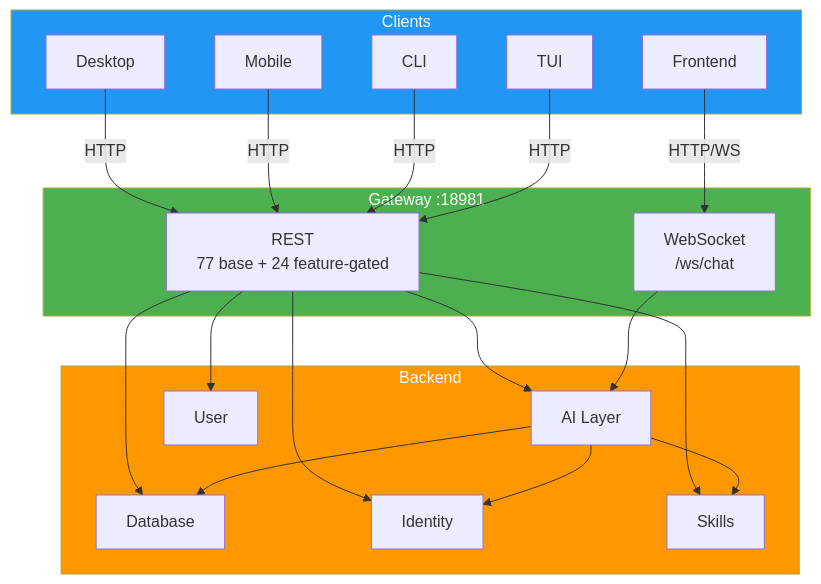
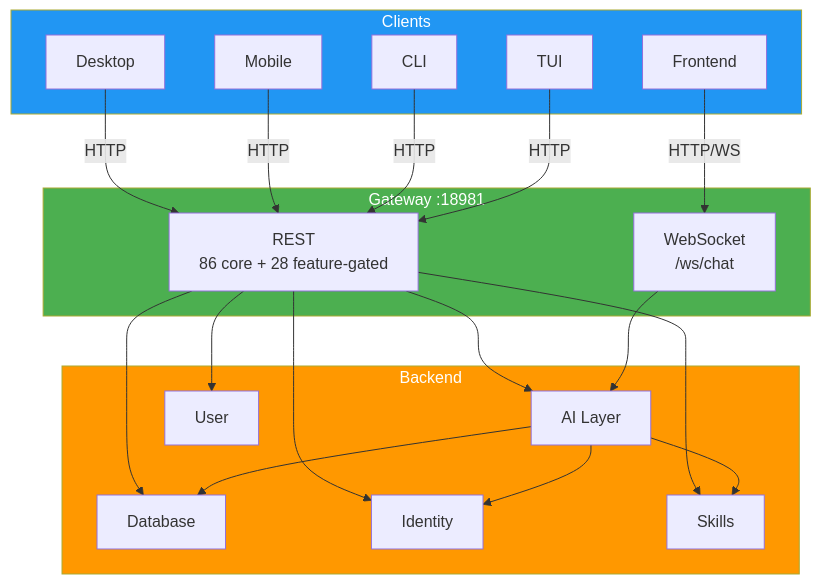
One commit to sprklai/zenii changed the second of 31 diagrams in docs-site/docs/architecture.md. Above: the diagram before and after it, drawn with Mermaid. The commit also changed other lines of this file and 36 other files, not shown here.

````diff
--- a/docs-site/docs/architecture.md
+++ b/docs-site/docs/architecture.md
@@ -108,26 +108,26 @@
 ```mermaid
 graph TB
     subgraph Clients
         D[Desktop] & M[Mobile] & C[CLI] & T[TUI] & F[Frontend]
     end
 
     subgraph GW["Gateway :18981"]
-        REST["REST<br>77 base + 24 feature-gated"]
+        REST["REST<br>86 core + 28 feature-gated"]
         WS["WebSocket<br>/ws/chat"]
     end
 
     subgraph Backend
         AIL[AI Layer] & DBL[Database]
         IDL[Identity] & SKL[Skills] & USL[User]
     end
 
     D & M & C & T -->|HTTP| REST
     F -->|HTTP/WS| WS
     REST & WS --> AIL
     REST --> DBL & IDL & SKL & USL
     AIL --> DBL & IDL & SKL
 
     style Clients fill:#2196F3,color:#fff
     style GW fill:#4CAF50,color:#fff
     style Backend fill:#FF9800,color:#fff
 ```
````
